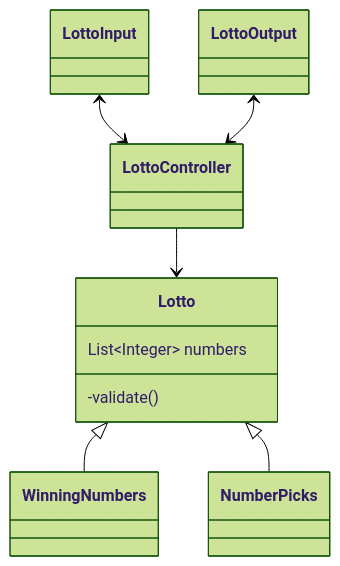
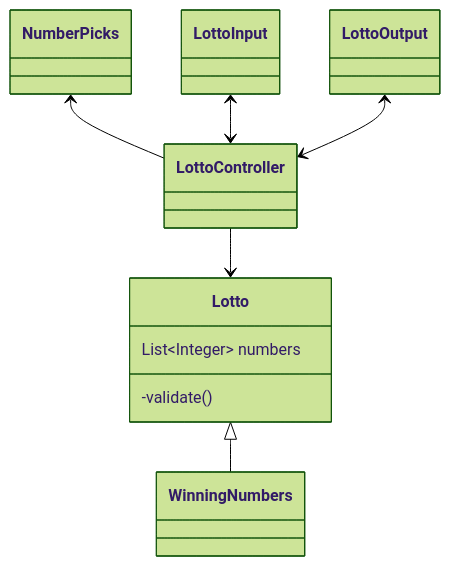
Before and after one commit to malamd/java-lotto-8: the second of 2 diagrams in README.md, drawn with Mermaid (forest theme). The commit also changed 12 other files, not shown here.

````diff
--- a/README.md
+++ b/README.md
@@ -64,27 +64,27 @@
 ```mermaid
 classDiagram
     class Lotto{
     List~Integer~ numbers
     -validate()
     }
     
     class WinningNumbers{
     }
     
     class NumberPicks{
     }
     
     Lotto <|-- WinningNumbers
-    Lotto <|-- NumberPicks
     
     class LottoController{
     }
     class LottoInput{
     }
     class LottoOutput{
     }
     
+    NumberPicks<--LottoController
     LottoController --> Lotto
     LottoInput<-->LottoController
     LottoOutput<-->LottoController
 ```
````
